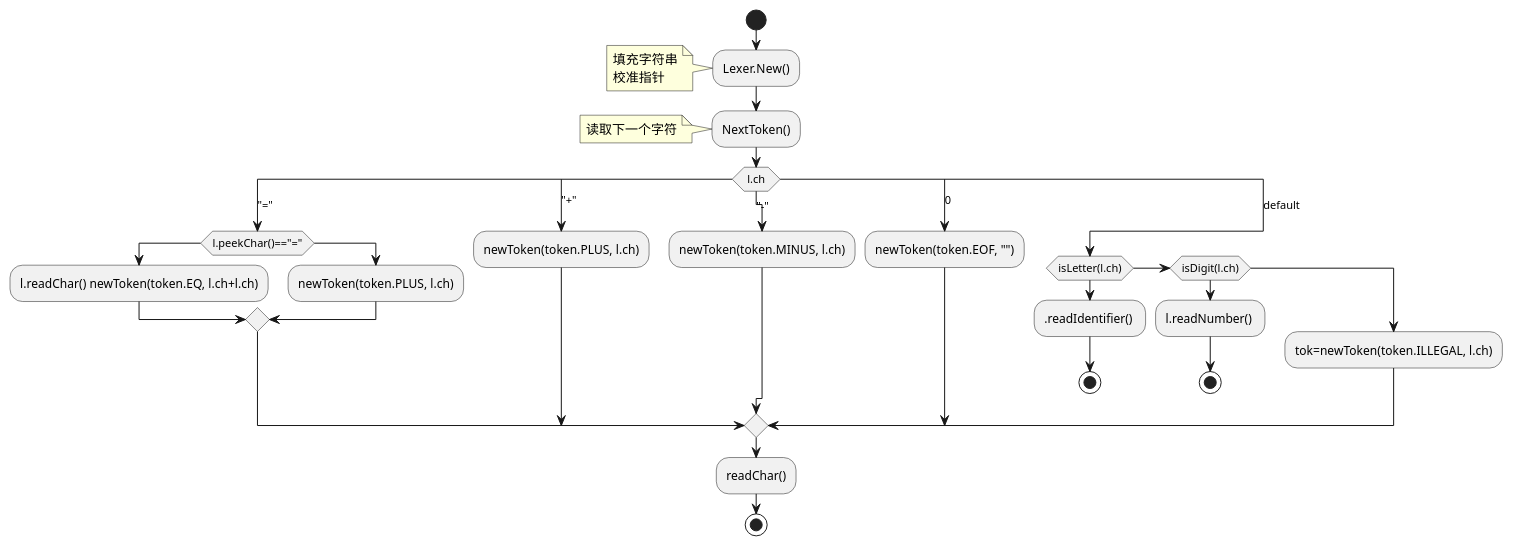
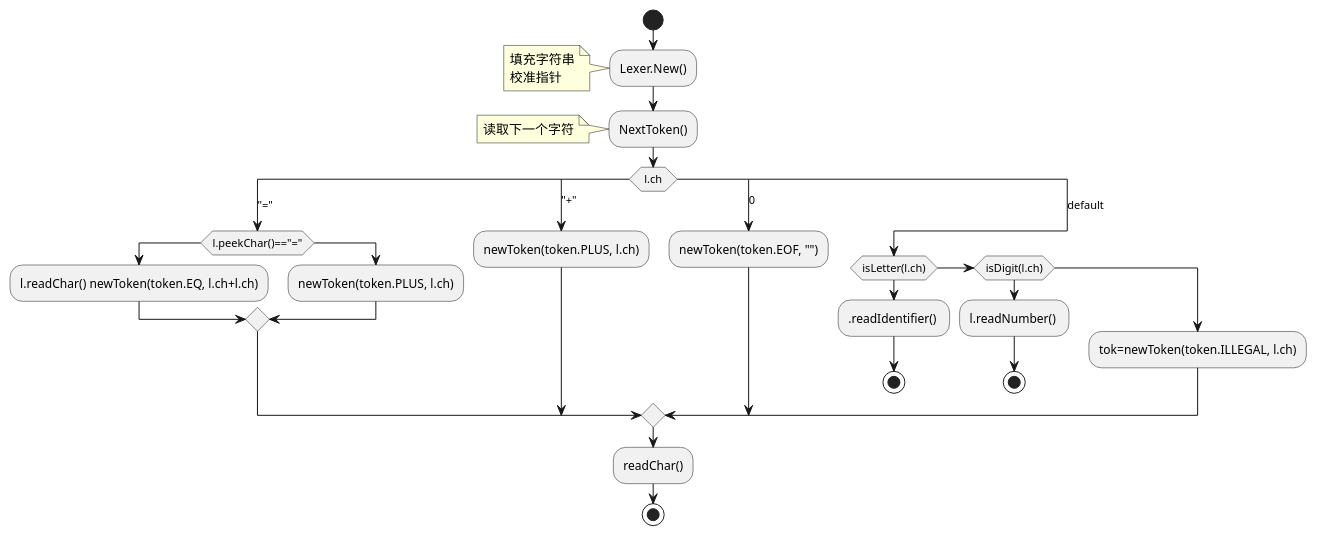
The diagram in lexer/ac.puml (huayun321/yun-interpreter), drawn with PlantUML before and after one commit.

Commit message:
nextToken uml

```diff
--- a/lexer/ac.puml
+++ b/lexer/ac.puml
@@ -1,44 +1,42 @@
 @startuml
 'https://plantuml.com/activity-diagram-beta
 
 start
 :Lexer.New();
 note
 填充字符串
 校准指针
 end note
 :NextToken();
 note
 读取下一个字符
 end note
 
 switch (l.ch)
 case("=")
 if (l.peekChar()=="=") then
 
 :l.readChar() newToken(token.EQ, l.ch+l.ch);
 else
 :newToken(token.PLUS, l.ch);
 endif
 case("+")
 :newToken(token.PLUS, l.ch);
-case("-")
-:newToken(token.MINUS, l.ch);
 case(0)
 :newToken(token.EOF, "");
 case(default)
 if (isLetter(l.ch)) then
 :.readIdentifier() ;
 stop
 elseif (isDigit(l.ch))
 :l.readNumber() ;
 stop
 else
 :tok=newToken(token.ILLEGAL, l.ch);
 endif
 endswitch
 
 :readChar();
 stop
 
 @enduml
```
